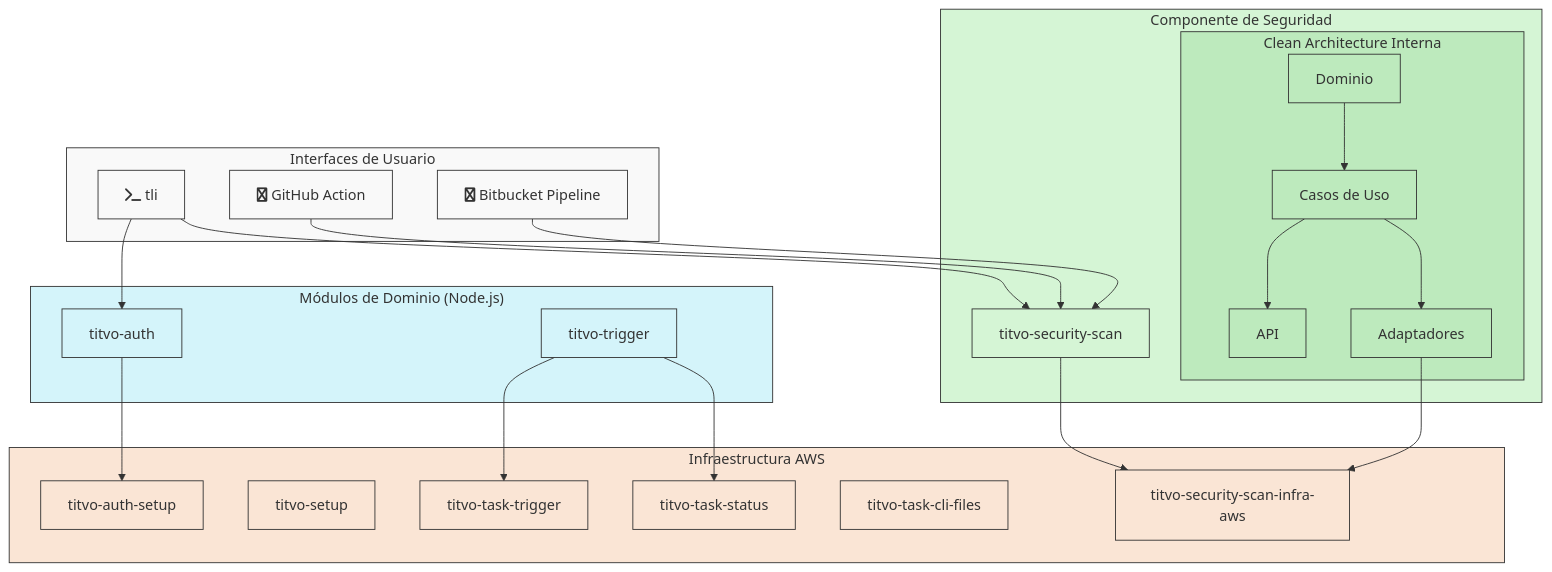
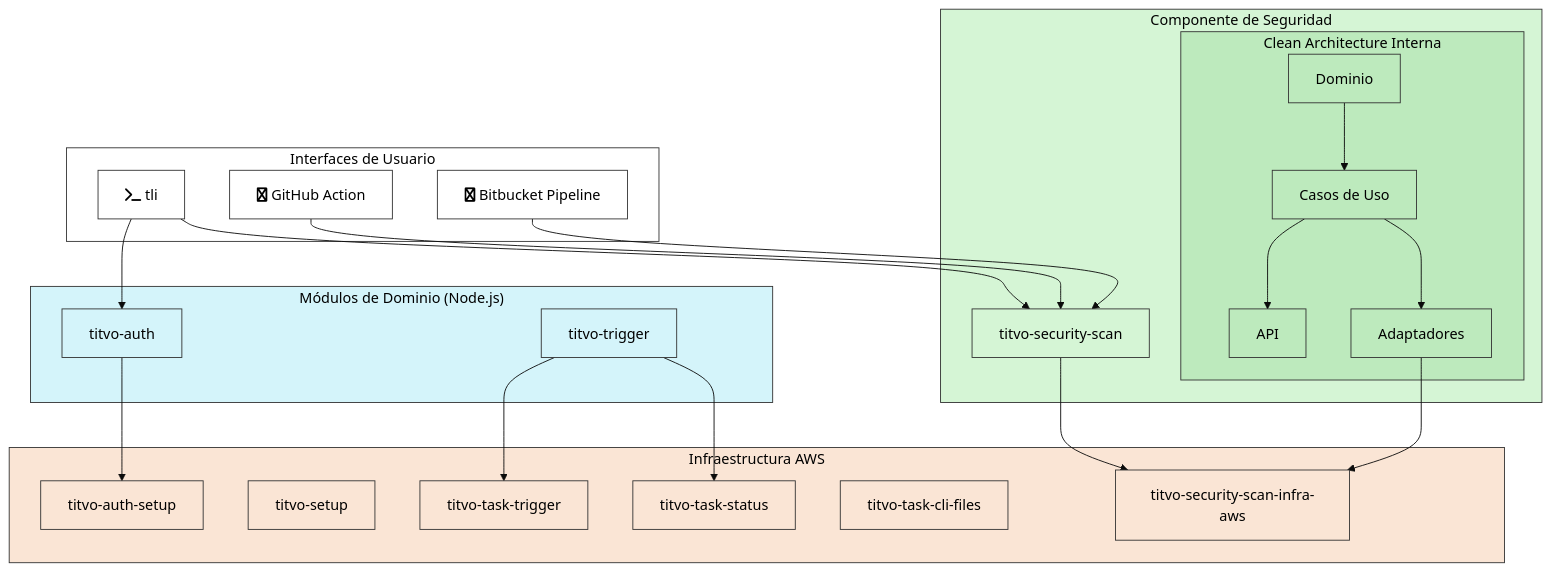
The diagram in README.md (KaribuLab/titvo), drawn with Mermaid before and after one commit.

Commit message:
docs: Mejora de la visibilidad del diagrama de arquitectura en el README.md, ajustando los estilos para un mejor contraste en modo claro y oscuro.

````diff
--- a/README.md
+++ b/README.md
@@ -54,11 +54,12 @@
 ```mermaid
+%%{init: {'theme': 'base', 'themeVariables': { 'primaryColor': '#ffffff', 'primaryTextColor': '#000000', 'primaryBorderColor': '#555555', 'secondaryColor': '#ffffff', 'tertiaryColor': '#ffffff' }}}%%
 graph TD
-    %% Definición de estilos
-    classDef interfaces fill:#f9f9f9,stroke:#333,stroke-width:1px;
-    classDef dominio fill:#d4f4fa,stroke:#333,stroke-width:1px;
-    classDef seguridad fill:#d5f5d5,stroke:#333,stroke-width:1px;
-    classDef securityInternals fill:#bdeabd,stroke:#333,stroke-width:1px;
-    classDef infraestructura fill:#fae5d5,stroke:#333,stroke-width:1px;
+    %% Definición de estilos con textos oscuros para visibilidad en modo claro/oscuro
+    classDef interfaces fill:#ffffff,stroke:#333,stroke-width:1px,color:#000000;
+    classDef dominio fill:#d4f4fa,stroke:#333,stroke-width:1px,color:#000000;
+    classDef seguridad fill:#d5f5d5,stroke:#333,stroke-width:1px,color:#000000;
+    classDef securityInternals fill:#bdeabd,stroke:#333,stroke-width:1px,color:#000000;
+    classDef infraestructura fill:#fae5d5,stroke:#333,stroke-width:1px,color:#000000;
 
     %% Interfaces de Usuario
     subgraph Interfaces["Interfaces de Usuario"]
````
